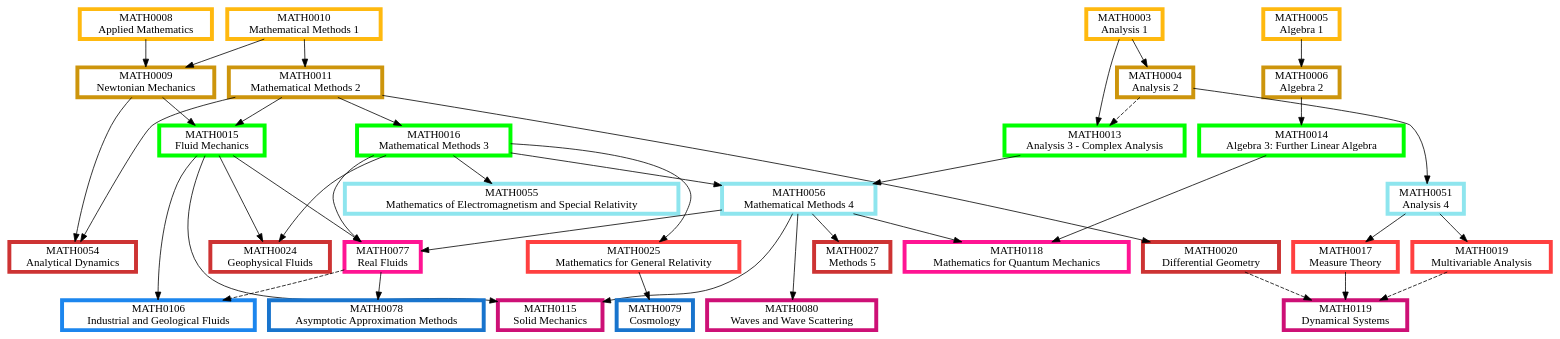
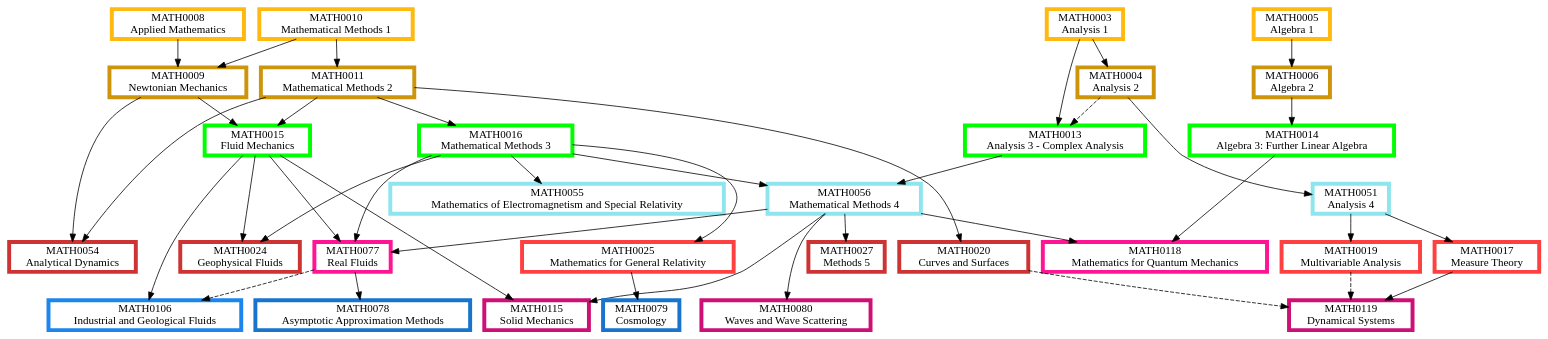
The diagram in Applied Mathematics.dot (matthew-towers/pathways), drawn with Graphviz before and after one commit. The commit also changed 12 other files, not shown here.

```diff
--- a/Applied Mathematics.dot
+++ b/Applied Mathematics.dot
@@ -2,47 +2,47 @@
 	node [fillcolor=white penwidth=5 shape=box style="filled,bold"]
 	subgraph "1.0 1" {
 		rank=same
+		MATH0010 [label="MATH0010
+Mathematical Methods 1" color=darkgoldenrod1 href="https://www.ucl.ac.uk/mathematical-physical-sciences/sites/mathematical_physical_sciences/files/math0010.pdf" tooltip="Year 1, term 1"]
 		MATH0008 [label="MATH0008
-Applied Mathematics" color=darkgoldenrod1 href="https://www.ucl.ac.uk/maths/sites/maths/files/math0008.pdf" tooltip="Year 1, term 1"]
+Applied Mathematics" color=darkgoldenrod1 href="https://www.ucl.ac.uk/mathematical-physical-sciences/sites/mathematical_physical_sciences/files/math0008.pdf" tooltip="Year 1, term 1"]
+		MATH0003 [label="MATH0003
+Analysis 1" color=darkgoldenrod1 href="https://www.ucl.ac.uk/mathematical-physical-sciences/sites/mathematical_physical_sciences/files/math0003.pdf" tooltip="Year 1, term 1"]
 		MATH0005 [label="MATH0005
-Algebra 1" color=darkgoldenrod1 href="https://www.ucl.ac.uk/maths/sites/maths/files/math0005.pdf" tooltip="Year 1, term 1"]
-		MATH0003 [label="MATH0003
-Analysis 1" color=darkgoldenrod1 href="https://www.ucl.ac.uk/maths/sites/maths/files/math0003.pdf" tooltip="Year 1, term 1"]
-		MATH0010 [label="MATH0010
-Mathematical Methods 1" color=darkgoldenrod1 href="https://www.ucl.ac.uk/maths/sites/maths/files/math0010.pdf" tooltip="Year 1, term 1"]
+Algebra 1" color=darkgoldenrod1 href="https://www.ucl.ac.uk/mathematical-physical-sciences/sites/mathematical_physical_sciences/files/math0005.pdf" tooltip="Year 1, term 1"]
 	}
 	MATH0010 -> MATH0011 [tooltip="required prerequisite"]
+	MATH0003 -> MATH0004 [tooltip="required prerequisite"]
 	MATH0005 -> MATH0006 [tooltip="required prerequisite"]
-	MATH0003 -> MATH0004 [tooltip="required prerequisite"]
 	MATH0008 -> MATH0009 [tooltip="required prerequisite"]
 	MATH0010 -> MATH0009 [tooltip="required prerequisite"]
 	subgraph "1.0 2" {
 		rank=same
 		MATH0011 [label="MATH0011
-Mathematical Methods 2" color=darkgoldenrod3 href="https://www.ucl.ac.uk/maths/sites/maths/files/math0011_2.pdf" tooltip="Year 1, term 2"]
+Mathematical Methods 2" color=darkgoldenrod3 href="https://www.ucl.ac.uk/mathematical-physical-sciences/sites/mathematical_physical_sciences/files/math0011_2.pdf" tooltip="Year 1, term 2"]
+		MATH0004 [label="MATH0004
+Analysis 2" color=darkgoldenrod3 href="https://www.ucl.ac.uk/mathematical-physical-sciences/sites/mathematical_physical_sciences/files/math0004.pdf" tooltip="Year 1, term 2"]
 		MATH0006 [label="MATH0006
-Algebra 2" color=darkgoldenrod3 href="https://www.ucl.ac.uk/maths/sites/maths/files/math0006.pdf" tooltip="Year 1, term 2"]
-		MATH0004 [label="MATH0004
-Analysis 2" color=darkgoldenrod3 href="https://www.ucl.ac.uk/maths/sites/maths/files/math0004.pdf" tooltip="Year 1, term 2"]
+Algebra 2" color=darkgoldenrod3 href="https://www.ucl.ac.uk/mathematical-physical-sciences/sites/mathematical_physical_sciences/files/math0006.pdf" tooltip="Year 1, term 2"]
 		MATH0009 [label="MATH0009
-Newtonian Mechanics" color=darkgoldenrod3 href="https://www.ucl.ac.uk/maths/sites/maths/files/math0009.pdf" tooltip="Year 1, term 2"]
+Newtonian Mechanics" color=darkgoldenrod3 href="https://www.ucl.ac.uk/mathematical-physical-sciences/sites/mathematical_physical_sciences/files/math0009.pdf" tooltip="Year 1, term 2"]
 	}
-	MATH0011 -> MATH0016 [tooltip="required prerequisite"]
+	MATH0011 -> MATH0015 [tooltip="required prerequisite"]
+	MATH0009 -> MATH0015 [tooltip="required prerequisite"]
 	MATH0003 -> MATH0013 [tooltip="required prerequisite"]
 	MATH0004 -> MATH0013 [style=dashed tooltip="recommended prerequisite"]
+	MATH0011 -> MATH0016 [tooltip="required prerequisite"]
 	MATH0006 -> MATH0014 [tooltip="required prerequisite"]
-	MATH0011 -> MATH0015 [tooltip="required prerequisite"]
-	MATH0009 -> MATH0015 [tooltip="required prerequisite"]
-	subgraph "2 1" {
+	subgraph "2.0 1" {
 		rank=same
+		MATH0015 [label="MATH0015
+Fluid Mechanics" color=green1 href="https://www.ucl.ac.uk/mathematical-physical-sciences/sites/mathematical_physical_sciences/files/math0015.pdf" tooltip="Year 2, term 1"]
+		MATH0013 [label="MATH0013
+Analysis 3 - Complex Analysis" color=green1 href="https://www.ucl.ac.uk/mathematical-physical-sciences/sites/mathematical_physical_sciences/files/math0013.pdf" tooltip="Year 2, term 1"]
 		MATH0016 [label="MATH0016
-Mathematical Methods 3" color=green1 href="https://www.ucl.ac.uk/maths/sites/maths/files/math0016.pdf" tooltip="Year 2, term 1"]
-		MATH0013 [label="MATH0013
-Analysis 3 - Complex Analysis" color=green1 href="https://www.ucl.ac.uk/maths/sites/maths/files/math0013.pdf" tooltip="Year 2, term 1"]
+Mathematical Methods 3" color=green1 href="https://www.ucl.ac.uk/mathematical-physical-sciences/sites/mathematical_physical_sciences/files/math0016.pdf" tooltip="Year 2, term 1"]
 		MATH0014 [label="MATH0014
-Algebra 3: Further Linear Algebra" color=green1 href="https://www.ucl.ac.uk/maths/sites/maths/files/math0014.pdf" tooltip="Year 2, term 1"]
-		MATH0015 [label="MATH0015
-Fluid Mechanics" color=green1 href="https://www.ucl.ac.uk/maths/sites/maths/files/math0015.pdf" tooltip="Year 2, term 1"]
+Algebra 3: Further Linear Algebra" color=green1 href="https://www.ucl.ac.uk/mathematical-physical-sciences/sites/mathematical_physical_sciences/files/math0014.pdf" tooltip="Year 2, term 1"]
 	}
 	MATH0013 -> MATH0056 [tooltip="required prerequisite"]
 	MATH0016 -> MATH0056 [tooltip="required prerequisite"]
@@ -51,40 +51,40 @@
 	subgraph "2.5 2" {
 		rank=same
 		MATH0056 [label="MATH0056
-Mathematical Methods 4" color=cadetblue2 href="https://www.ucl.ac.uk/maths/sites/maths/files/math0056.pdf" tooltip="Year 2 or 3, term 2"]
+Mathematical Methods 4" color=cadetblue2 href="https://www.ucl.ac.uk/mathematical-physical-sciences/sites/mathematical_physical_sciences/files/math0056.pdf" tooltip="Year 2 or 3, term 2"]
 		MATH0055 [label="MATH0055
-Mathematics of Electromagnetism and Special Relativity" color=cadetblue2 href="https://www.ucl.ac.uk/maths/sites/maths/files/math0055_3.pdf" tooltip="Year 2 or 3, term 2"]
+Mathematics of Electromagnetism and Special Relativity" color=cadetblue2 href="https://www.ucl.ac.uk/mathematical-physical-sciences/sites/mathematical_physical_sciences/files/math0055_3.pdf" tooltip="Year 2 or 3, term 2"]
 		MATH0051 [label="MATH0051
-Analysis 4" color=cadetblue2 href="https://www.ucl.ac.uk/maths/sites/maths/files/math0051.pdf" tooltip="Year 2 or 3, term 2"]
+Analysis 4" color=cadetblue2 href="https://www.ucl.ac.uk/mathematical-physical-sciences/sites/mathematical_physical_sciences/files/math0051.pdf" tooltip="Year 2 or 3, term 2"]
 	}
-	MATH0051 -> MATH0017 [tooltip="required prerequisite"]
 	MATH0051 -> MATH0019 [tooltip="required prerequisite"]
 	MATH0016 -> MATH0025 [tooltip="required prerequisite"]
+	MATH0051 -> MATH0017 [tooltip="required prerequisite"]
 	subgraph "3.0 1" {
 		rank=same
+		MATH0019 [label="MATH0019
+Multivariable Analysis" color=brown1 href="https://www.ucl.ac.uk/mathematical-physical-sciences/sites/mathematical_physical_sciences/files/math0019.pdf" tooltip="Year 3, term 1"]
+		MATH0025 [label="MATH0025
+Mathematics for General Relativity" color=brown1 href="https://www.ucl.ac.uk/mathematical-physical-sciences/sites/mathematical_physical_sciences/files/math0025.pdf" tooltip="Year 3, term 1"]
 		MATH0017 [label="MATH0017
-Measure Theory" color=brown1 href="https://www.ucl.ac.uk/maths/sites/maths/files/math0017.pdf" tooltip="Year 3, term 1"]
-		MATH0019 [label="MATH0019
-Multivariable Analysis" color=brown1 href="https://www.ucl.ac.uk/maths/sites/maths/files/math0019.pdf" tooltip="Year 3, term 1"]
-		MATH0025 [label="MATH0025
-Mathematics for General Relativity" color=brown1 href="https://www.ucl.ac.uk/maths/sites/maths/files/math0025.pdf" tooltip="Year 3, term 1"]
+Measure Theory" color=brown1 href="https://www.ucl.ac.uk/mathematical-physical-sciences/sites/mathematical_physical_sciences/files/math0017.pdf" tooltip="Year 3, term 1"]
 	}
-	MATH0011 -> MATH0020 [tooltip="required prerequisite"]
 	MATH0056 -> MATH0027 [tooltip="required prerequisite"]
+	MATH0011 -> MATH0054 [tooltip="required prerequisite"]
+	MATH0009 -> MATH0054 [tooltip="required prerequisite"]
 	MATH0015 -> MATH0024 [tooltip="required prerequisite"]
 	MATH0016 -> MATH0024 [tooltip="required prerequisite"]
-	MATH0011 -> MATH0054 [tooltip="required prerequisite"]
-	MATH0009 -> MATH0054 [tooltip="required prerequisite"]
+	MATH0011 -> MATH0020 [tooltip="required prerequisite"]
 	subgraph "3.0 2" {
 		rank=same
+		MATH0027 [label="MATH0027
+Methods 5" color=brown3 href="https://www.ucl.ac.uk/mathematical-physical-sciences/sites/mathematical_physical_sciences/files/math0027.pdf" tooltip="Year 3, term 2"]
+		MATH0054 [label="MATH0054
+Analytical Dynamics" color=brown3 href="https://www.ucl.ac.uk/mathematical-physical-sciences/sites/mathematical_physical_sciences/files/math0054.pdf" tooltip="Year 3, term 2"]
+		MATH0024 [label="MATH0024
+Geophysical Fluids" color=brown3 href="https://www.ucl.ac.uk/mathematical-physical-sciences/sites/mathematical_physical_sciences/files/math0024.pdf" tooltip="Year 3, term 2"]
 		MATH0020 [label="MATH0020
-Differential Geometry" color=brown3 href="https://www.ucl.ac.uk/maths/sites/maths/files/math0020.pdf" tooltip="Year 3, term 2"]
-		MATH0027 [label="MATH0027
-Methods 5" color=brown3 href="https://www.ucl.ac.uk/maths/sites/maths/files/math0027.pdf" tooltip="Year 3, term 2"]
-		MATH0024 [label="MATH0024
-Geophysical Fluids" color=brown3 href="https://www.ucl.ac.uk/maths/sites/maths/files/math0024.pdf" tooltip="Year 3, term 2"]
-		MATH0054 [label="MATH0054
-Analytical Dynamics" color=brown3 href="https://www.ucl.ac.uk/maths/sites/maths/files/math0054.pdf" tooltip="Year 3, term 2"]
+Curves and Surfaces" color=brown3 href="https://www.ucl.ac.uk/mathematical-physical-sciences/sites/mathematical_physical_sciences/files/math0020.pdf" tooltip="Year 3, term 2"]
 	}
 	MATH0015 -> MATH0077 [tooltip="required prerequisite"]
 	MATH0016 -> MATH0077 [tooltip="required prerequisite"]
@@ -94,39 +94,39 @@
 	subgraph "3.5 1" {
 		rank=same
 		MATH0077 [label="MATH0077
-Real Fluids" color=deeppink1 href="https://www.ucl.ac.uk/maths/sites/maths/files/math0077.pdf" tooltip="Year 3 or 4, term 1"]
+Real Fluids" color=deeppink1 href="https://www.ucl.ac.uk/mathematical-physical-sciences/sites/mathematical_physical_sciences/files/math0077.pdf" tooltip="Year 3 or 4, term 1"]
 		MATH0118 [label="MATH0118
-Mathematics for Quantum Mechanics" color=deeppink1 href="https://www.ucl.ac.uk/maths/sites/maths/files/math0118.pdf" tooltip="Year 3 or 4, term 1"]
+Mathematics for Quantum Mechanics" color=deeppink1 href="https://www.ucl.ac.uk/mathematical-physical-sciences/sites/mathematical_physical_sciences/files/math0118.pdf" tooltip="Year 3 or 4, term 1"]
 	}
+	MATH0056 -> MATH0080 [tooltip="required prerequisite"]
 	MATH0015 -> MATH0115 [tooltip="required prerequisite"]
 	MATH0056 -> MATH0115 [tooltip="required prerequisite"]
 	MATH0017 -> MATH0119 [tooltip="required prerequisite"]
 	MATH0019 -> MATH0119 [style=dashed tooltip="recommended prerequisite"]
 	MATH0020 -> MATH0119 [style=dashed tooltip="recommended prerequisite"]
-	MATH0056 -> MATH0080 [tooltip="required prerequisite"]
 	subgraph "3.5 2" {
 		rank=same
+		MATH0080 [label="MATH0080
+Waves and Wave Scattering" color=deeppink3 href="https://www.ucl.ac.uk/mathematical-physical-sciences/sites/mathematical_physical_sciences/files/math0080.pdf" tooltip="Year 3 or 4, term 2"]
 		MATH0115 [label="MATH0115
-Solid Mechanics" color=deeppink3 href="https://www.ucl.ac.uk/maths/sites/maths/files/math0115_syllabus.pdf" tooltip="Year 3 or 4, term 2"]
+Solid Mechanics" color=deeppink3 href="https://www.ucl.ac.uk/mathematical-physical-sciences/sites/mathematical_physical_sciences/files/math0115_syllabus.pdf" tooltip="Year 3 or 4, term 2"]
 		MATH0119 [label="MATH0119
-Dynamical Systems" color=deeppink3 href="https://www.ucl.ac.uk/maths/sites/maths/files/math0119.pdf" tooltip="Year 3 or 4, term 2"]
-		MATH0080 [label="MATH0080
-Waves and Wave Scattering" color=deeppink3 href="https://www.ucl.ac.uk/maths/sites/maths/files/math0080.pdf" tooltip="Year 3 or 4, term 2"]
+Dynamical Systems" color=deeppink3 href="https://www.ucl.ac.uk/mathematical-physical-sciences/sites/mathematical_physical_sciences/files/math0119.pdf" tooltip="Year 3 or 4, term 2"]
 	}
 	MATH0015 -> MATH0106 [tooltip="required prerequisite"]
 	MATH0077 -> MATH0106 [style=dashed tooltip="recommended prerequisite"]
 	subgraph "4.0 1" {
 		rank=same
 		MATH0106 [label="MATH0106
-Industrial and Geological Fluids" color=dodgerblue2 href="https://www.ucl.ac.uk/maths/sites/maths/files/math0106.pdf" tooltip="Year 4, term 1"]
+Industrial and Geological Fluids" color=dodgerblue2 href="https://www.ucl.ac.uk/mathematical-physical-sciences/sites/mathematical_physical_sciences/files/math0106.pdf" tooltip="Year 4, term 1"]
 	}
+	MATH0025 -> MATH0079 [tooltip="required prerequisite"]
 	MATH0077 -> MATH0078 [tooltip="required prerequisite"]
-	MATH0025 -> MATH0079 [tooltip="required prerequisite"]
 	subgraph "4.0 2" {
 		rank=same
+		MATH0079 [label="MATH0079
+Cosmology" color=dodgerblue3 href="https://www.ucl.ac.uk/mathematical-physical-sciences/sites/mathematical_physical_sciences/files/math0079.pdf" tooltip="Year 4, term 2"]
 		MATH0078 [label="MATH0078
-Asymptotic Approximation Methods" color=dodgerblue3 href="https://www.ucl.ac.uk/maths/sites/maths/files/math0078.pdf" tooltip="Year 4, term 2"]
-		MATH0079 [label="MATH0079
-Cosmology" color=dodgerblue3 href="https://www.ucl.ac.uk/maths/sites/maths/files/math0079.pdf" tooltip="Year 4, term 2"]
+Asymptotic Approximation Methods" color=dodgerblue3 href="https://www.ucl.ac.uk/mathematical-physical-sciences/sites/mathematical_physical_sciences/files/math0078.pdf" tooltip="Year 4, term 2"]
 	}
 }
```
